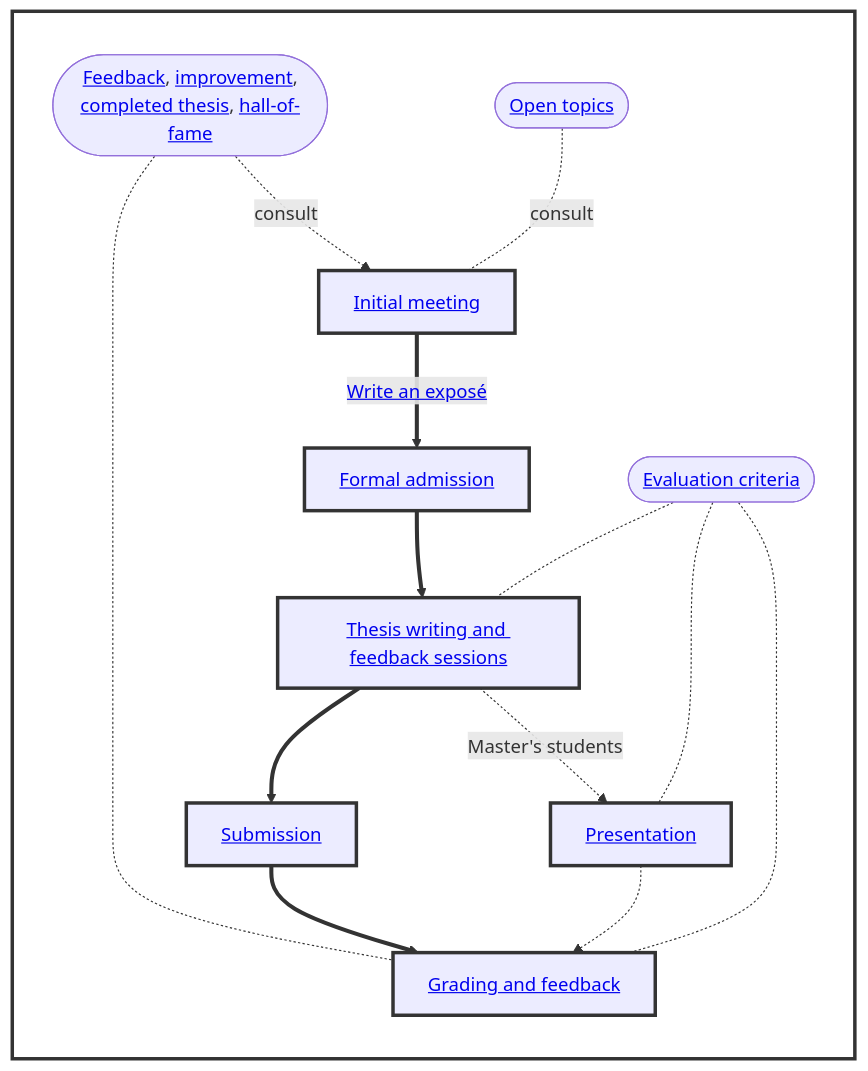
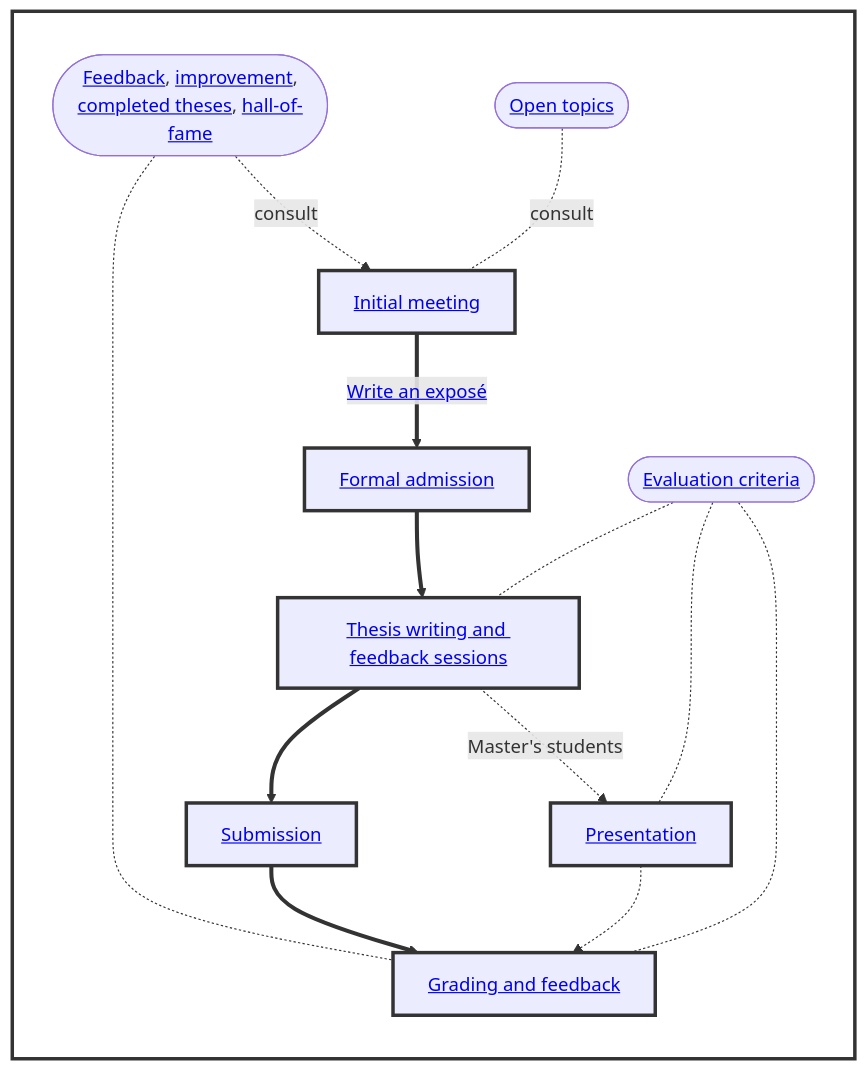
Before and after one commit to digital-work-lab/theses: the diagram in index.md, drawn with Mermaid.

````diff
--- a/index.md
+++ b/index.md
@@ -29,25 +29,25 @@
 ```mermaid
 flowchart LR
 
     subgraph Process[" "]
         Feedback -. consult .-> Init
-        Feedback(["<a href='docs/feedback.html'>Feedback</a>, <a href='https://digital-work-lab.github.io/handbook/docs/30-teaching/30_processes/30.22.improvements.html'>improvement</a>,<br><a href='docs/completed.html'>completed thesis</a>, <a href='docs/hall_of_fame.html'>hall-of-fame</a>"]) -.- Grading
+        Feedback(["<a href='docs/feedback.html'>Feedback</a>, <a href='https://digital-work-lab.github.io/handbook/docs/30-teaching/30_processes/30.22.improvements.html'>improvement</a>,<br><a href='docs/completed.html'>completed theses</a>, <a href='docs/hall_of_fame.html'>hall-of-fame</a>"]) -.- Grading
         OpenTopics(["<a href='docs/topics.html'>Open topics</a>"]) -.- |consult| Init
         Init["<a href='#1-initial-meetings-to-discuss-the-topic'>Initial meeting</a>"] ==> |"<a href='docs/expose.html'>Write an exposé</a>"| Admission["<a href='#2-formal-admission'>Formal admission</a>"]
         Admission ==> Writing["<a href='#3-thesis-writing-and-feedback-sessions'>Thesis writing and feedback sessions</a>"]
         Writing ==> Submission["<a href='#4-submission-of-the-thesis'>Submission</a>"]
         Submission ==> Grading
         Writing -. Master's students .-> Presentation["<a href='#5-thesis-presentation'>Presentation</a>"]
         Presentation -.-> Grading["<a href='#6-grading-and-feedback-session'>Grading and feedback</a>"]
         Criteria(["<a href='docs/evaluation.html'>Evaluation criteria</a>"]) -.- Writing
         Criteria -.- Presentation
         Criteria -.- Grading
     end
     style Init stroke:#333,stroke-width:3px
     style Admission stroke:#333,stroke-width:3px
     style Writing stroke:#333,stroke-width:3px
     style Presentation stroke:#333,stroke-width:3px
     style Submission stroke:#333,stroke-width:3px
     style Grading stroke:#333,stroke-width:3px
     style Process fill:white,stroke:#333,stroke-width:3px
 ```
````
